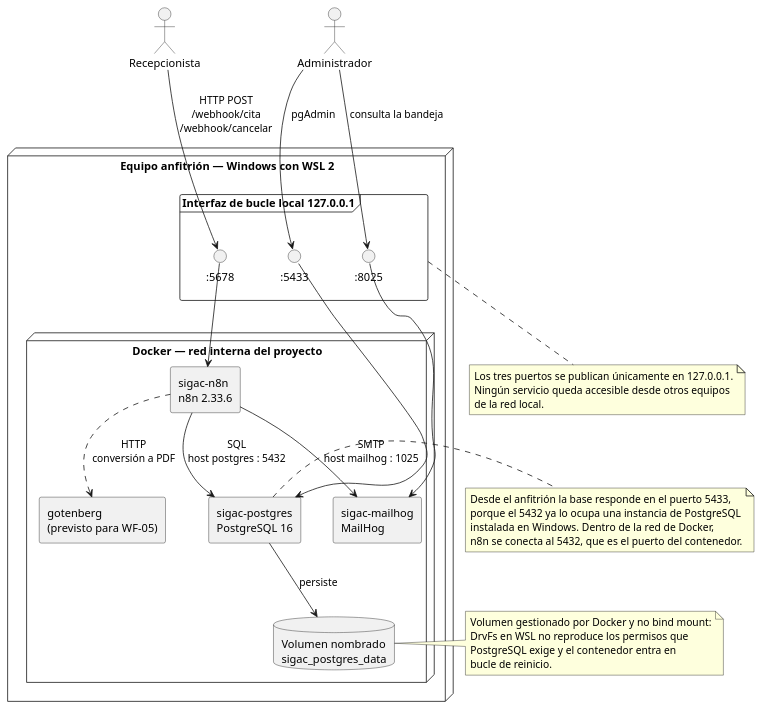
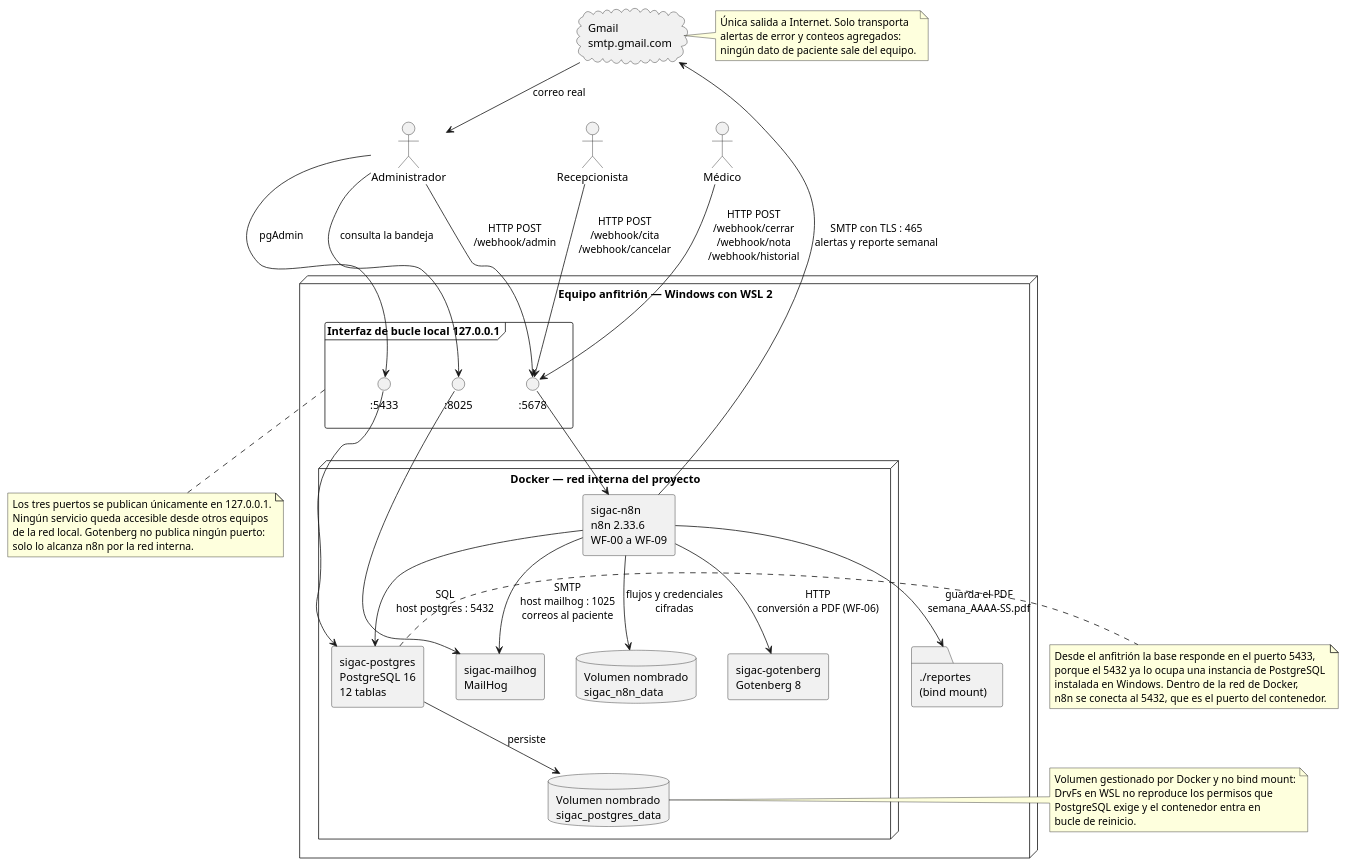
One commit to JOMALLMM1116/ProyectoSIGAC changed the diagram in docs/uml/Arquitectura.puml. Above: the diagram before and after it, drawn with PlantUML. The commit also changed 6 other files, not shown here.

Commit message:
:memo: diagramas UML actualizados a WF-07 a WF-09, casos de uso rehecho y PDF nuevo

```diff
--- a/docs/uml/Arquitectura.puml
+++ b/docs/uml/Arquitectura.puml
@@ -1,61 +1,80 @@
 @startuml Arquitectura_SIGAC
 skinparam componentStyle rectangle
 skinparam nodeSep 40
 skinparam rankSep 55
 
-actor "Recepcionista" as Cliente
+actor "Recepcionista" as Recepcion
+actor "Médico" as Medico
 actor "Administrador" as Admin
 
 node "Equipo anfitrión — Windows con WSL 2" {
 
   frame "Interfaz de bucle local 127.0.0.1" as Loopback {
     () ":5678" as P5678
     () ":5433" as P5433
     () ":8025" as P8025
   }
 
   node "Docker — red interna del proyecto" as Red {
 
-    component "sigac-n8n\nn8n 2.33.6" as N8N
-    component "sigac-postgres\nPostgreSQL 16" as PG
+    component "sigac-n8n\nn8n 2.33.6\nWF-00 a WF-09" as N8N
+    component "sigac-postgres\nPostgreSQL 16\n12 tablas" as PG
     component "sigac-mailhog\nMailHog" as MH
-    component "gotenberg\n(previsto para WF-05)" as GB
+    component "sigac-gotenberg\nGotenberg 8" as GB
 
     database "Volumen nombrado\nsigac_postgres_data" as VOL
+    database "Volumen nombrado\nsigac_n8n_data" as VOLN8N
   }
+
+  folder "./reportes\n(bind mount)" as REP
 }
 
-Cliente --> P5678 : HTTP POST\n/webhook/cita\n/webhook/cancelar
+cloud "Gmail\nsmtp.gmail.com" as GMAIL
+
+Recepcion --> P5678 : HTTP POST\n/webhook/cita\n/webhook/cancelar
+Medico --> P5678 : HTTP POST\n/webhook/cerrar\n/webhook/nota\n/webhook/historial
+Admin --> P5678 : HTTP POST\n/webhook/admin
 Admin --> P8025 : consulta la bandeja
 Admin --> P5433 : pgAdmin
 
 P5678 --> N8N
 P8025 --> MH
 P5433 --> PG
 
 N8N --> PG : SQL\nhost postgres : 5432
-N8N --> MH : SMTP\nhost mailhog : 1025
-N8N ..> GB : HTTP\nconversión a PDF
+N8N --> MH : SMTP\nhost mailhog : 1025\ncorreos al paciente
+N8N --> GB : HTTP\nconversión a PDF (WF-06)
+N8N --> REP : guarda el PDF\nsemana_AAAA-SS.pdf
+N8N --> GMAIL : SMTP con TLS : 465\nalertas y reporte semanal
+GMAIL --> Admin : correo real
 
 PG --> VOL : persiste
+N8N --> VOLN8N : flujos y credenciales\ncifradas
 
 note bottom of Loopback
   Los tres puertos se publican únicamente en 127.0.0.1.
   Ningún servicio queda accesible desde otros equipos
-  de la red local.
+  de la red local. Gotenberg no publica ningún puerto:
+  solo lo alcanza n8n por la red interna.
 end note
 
 note right of PG
   Desde el anfitrión la base responde en el puerto 5433,
   porque el 5432 ya lo ocupa una instancia de PostgreSQL
   instalada en Windows. Dentro de la red de Docker,
   n8n se conecta al 5432, que es el puerto del contenedor.
 end note
 
 note right of VOL
   Volumen gestionado por Docker y no bind mount:
   DrvFs en WSL no reproduce los permisos que
   PostgreSQL exige y el contenedor entra en
   bucle de reinicio.
 end note
+
+note right of GMAIL
+  Única salida a Internet. Solo transporta
+  alertas de error y conteos agregados:
+  ningún dato de paciente sale del equipo.
+end note
 @enduml
```
